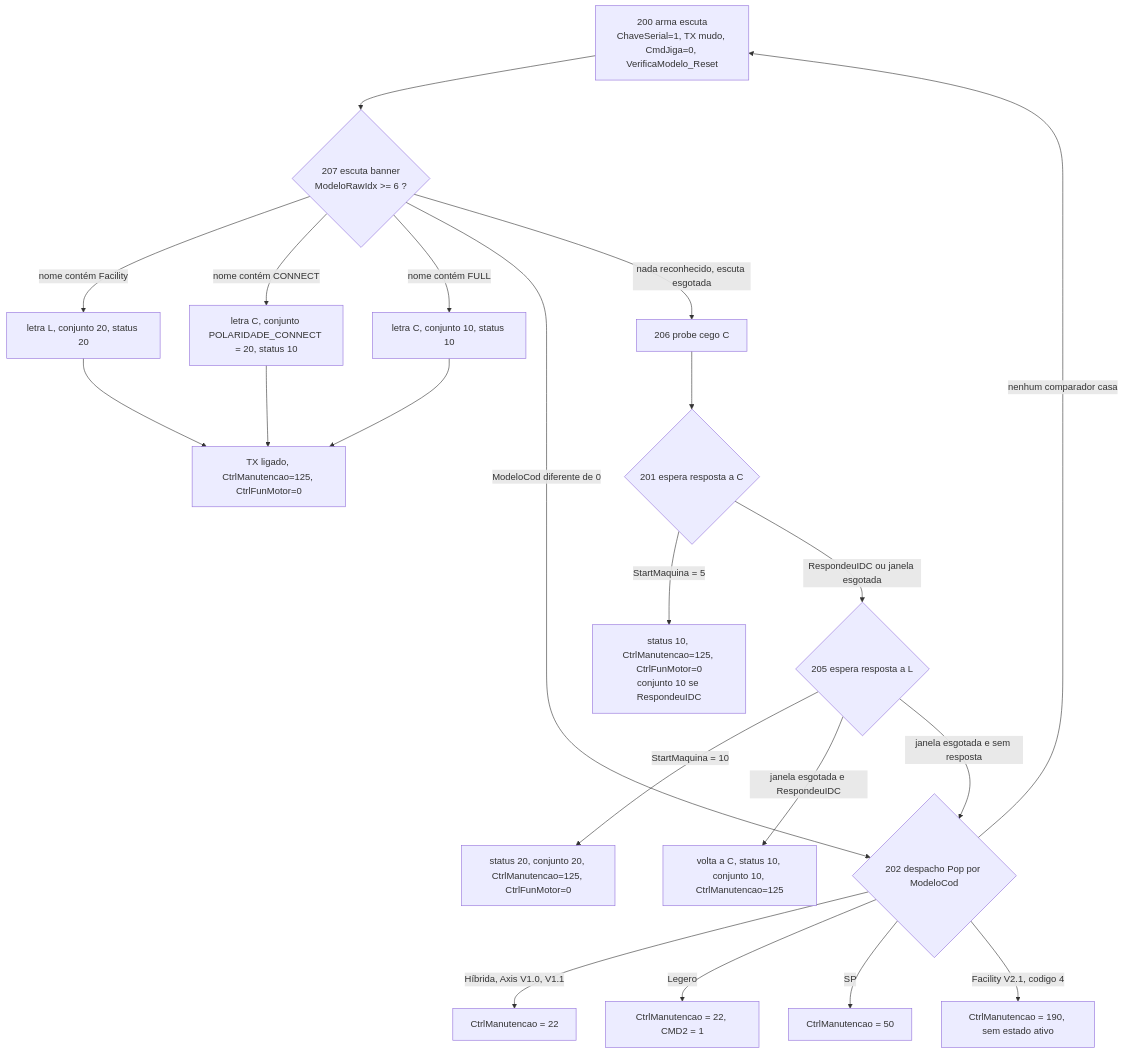
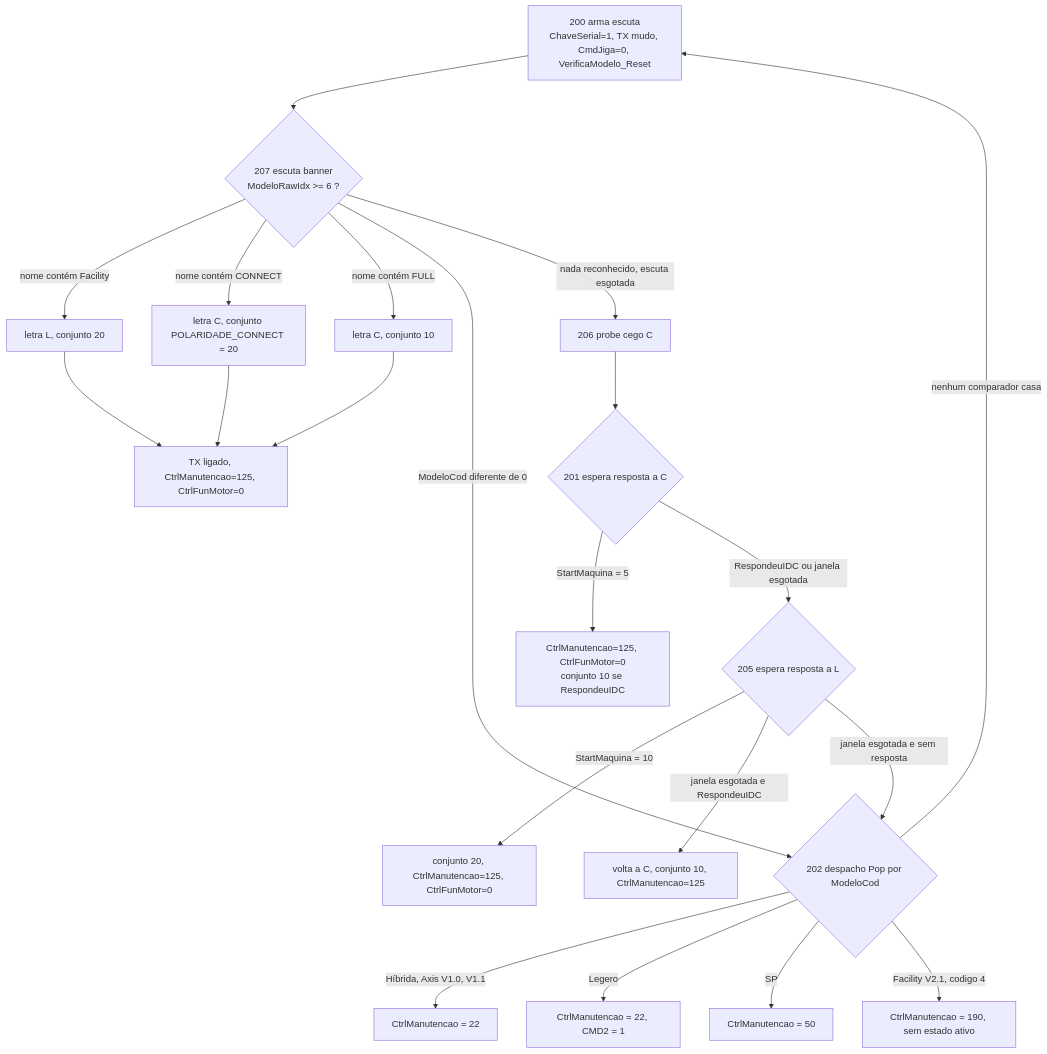
One commit to gustavoazevedo-ppa/Prog-Wifi changed the second of 4 diagrams in docs/jiga-state-machine.md. Above: the diagram before and after it, drawn with Mermaid. The commit also changed other lines of this file and 8 other files, not shown here.

````diff
--- a/docs/jiga-state-machine.md
+++ b/docs/jiga-state-machine.md
@@ -60,27 +62,27 @@
 ```mermaid
 flowchart TD
     S200["200 arma escuta<br/>ChaveSerial=1, TX mudo, CmdJiga=0, VerificaModelo_Reset"] --> S207
     S207{"207 escuta banner<br/>ModeloRawIdx >= 6 ?"}
-    S207 -->|"nome contém Facility"| TRI_L["letra L, conjunto 20, status 20"]
-    S207 -->|"nome contém CONNECT"| TRI_C["letra C, conjunto POLARIDADE_CONNECT = 20, status 10"]
-    S207 -->|"nome contém FULL"| TRI_F["letra C, conjunto 10, status 10"]
+    S207 -->|"nome contém Facility"| TRI_L["letra L, conjunto 20"]
+    S207 -->|"nome contém CONNECT"| TRI_C["letra C, conjunto POLARIDADE_CONNECT = 20"]
+    S207 -->|"nome contém FULL"| TRI_F["letra C, conjunto 10"]
     S207 -->|"ModeloCod diferente de 0"| S202
     S207 -->|"nada reconhecido, escuta esgotada"| S206
     TRI_L --> OUT["TX ligado, CtrlManutencao=125, CtrlFunMotor=0"]
     TRI_C --> OUT
     TRI_F --> OUT
     S206["206 probe cego C"] --> S201
     S201{"201 espera resposta a C"}
-    S201 -->|"StartMaquina = 5"| OUT2["status 10, CtrlManutencao=125, CtrlFunMotor=0<br/>conjunto 10 se RespondeuIDC"]
+    S201 -->|"StartMaquina = 5"| OUT2["CtrlManutencao=125, CtrlFunMotor=0<br/>conjunto 10 se RespondeuIDC"]
     S201 -->|"RespondeuIDC ou janela esgotada"| S205
     S205{"205 espera resposta a L"}
-    S205 -->|"StartMaquina = 10"| OUT3["status 20, conjunto 20, CtrlManutencao=125, CtrlFunMotor=0"]
-    S205 -->|"janela esgotada e RespondeuIDC"| OUT4["volta a C, status 10, conjunto 10, CtrlManutencao=125"]
+    S205 -->|"StartMaquina = 10"| OUT3["conjunto 20, CtrlManutencao=125, CtrlFunMotor=0"]
+    S205 -->|"janela esgotada e RespondeuIDC"| OUT4["volta a C, conjunto 10, CtrlManutencao=125"]
     S205 -->|"janela esgotada e sem resposta"| S202
     S202{"202 despacho Pop por ModeloCod"}
     S202 -->|"Híbrida, Axis V1.0, V1.1"| P22["CtrlManutencao = 22"]
     S202 -->|"Legero"| P22B["CtrlManutencao = 22, CMD2 = 1"]
     S202 -->|"SP"| P50["CtrlManutencao = 50"]
     S202 -->|"Facility V2.1, codigo 4"| P190["CtrlManutencao = 190, sem estado ativo"]
     S202 -->|"nenhum comparador casa"| S200
 ```
````
